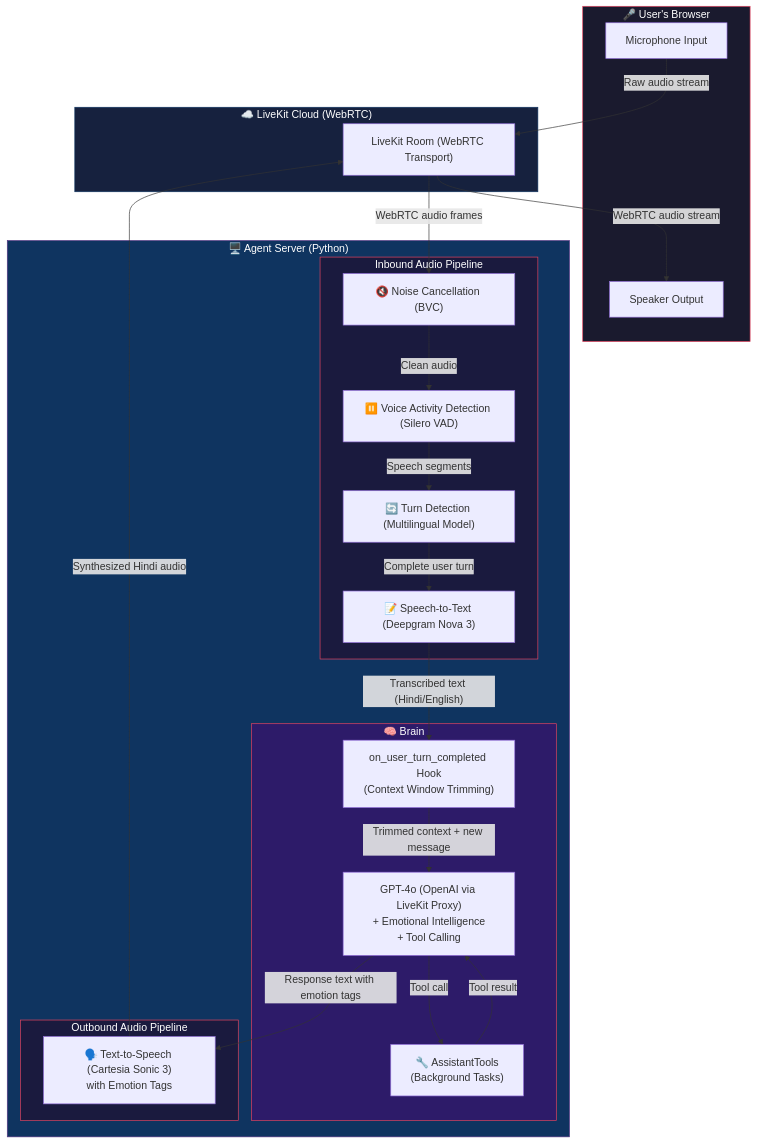
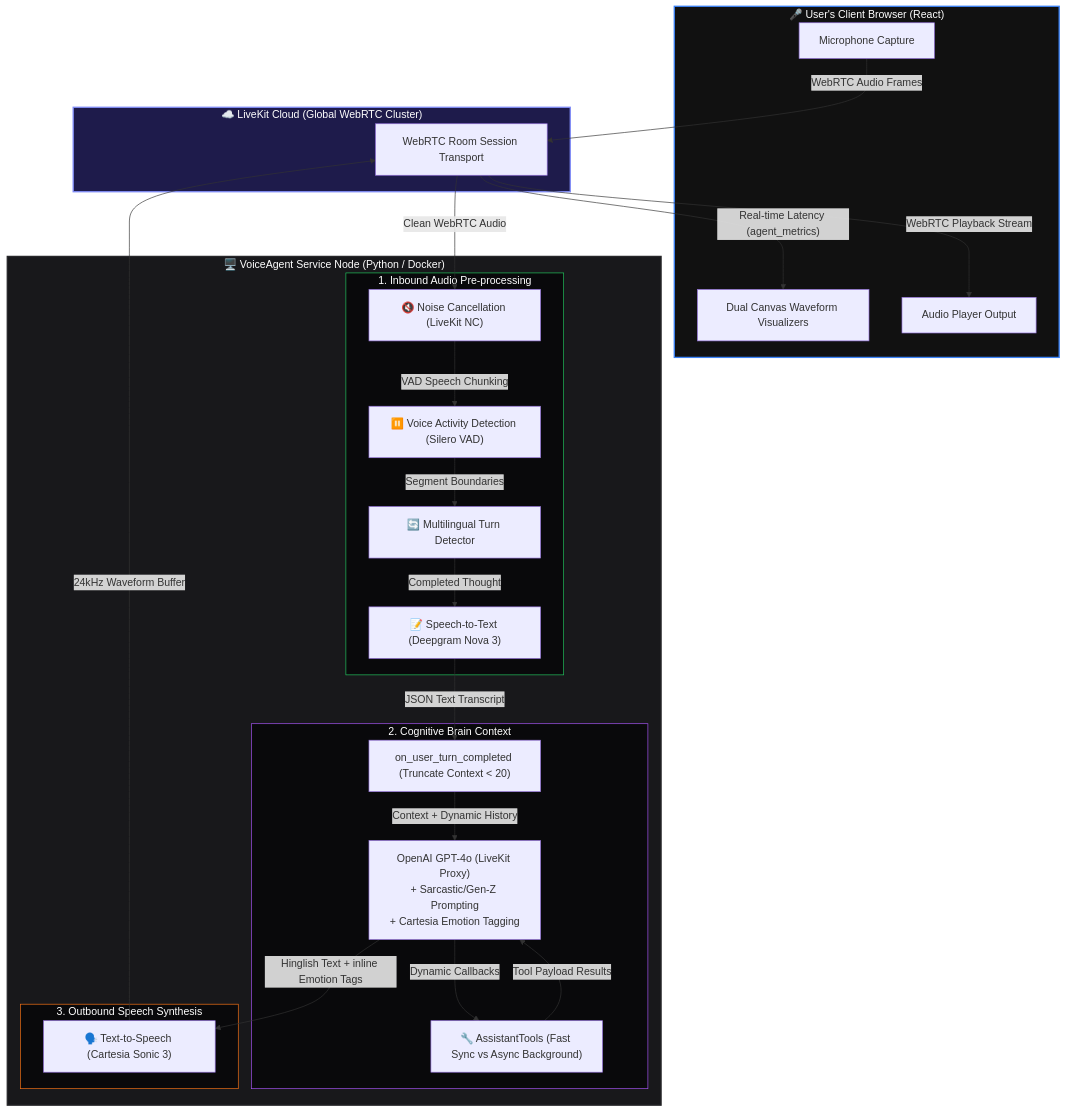
Before and after one commit to helo-ayush/VoiceAgent: the diagram in docs/README_ARCHITECTURE.md, drawn with Mermaid. The commit also changed other lines of this file and 13 other files, not shown here.

Commit message:
Refactor configuration parameters, inline STT pipeline, clear unused assets, add detailed comments, and write enterprise technical documentation

````diff
--- a/docs/README_ARCHITECTURE.md
+++ b/docs/README_ARCHITECTURE.md
@@ -5,50 +11,52 @@
 ```mermaid
 flowchart TD
-    subgraph USER_DEVICE["🎤 User's Browser"]
-        MIC["Microphone Input"]
-        SPEAKER["Speaker Output"]
+    subgraph USER_DEVICE["🎤 User's Client Browser (React)"]
+        MIC["Microphone Capture"]
+        VISUALIZER["Dual Canvas Waveform Visualizers"]
+        SPEAKER["Audio Player Output"]
     end
 
-    subgraph LIVEKIT_CLOUD["☁️ LiveKit Cloud (WebRTC)"]
-        ROOM["LiveKit Room (WebRTC Transport)"]
+    subgraph LIVEKIT_CLOUD["☁️ LiveKit Cloud (Global WebRTC Cluster)"]
+        ROOM["WebRTC Room Session Transport"]
     end
 
-    subgraph AGENT_SERVER["🖥️ Agent Server (Python)"]
-        subgraph INBOUND["Inbound Audio Pipeline"]
-            NC["🔇 Noise Cancellation (BVC)"]
+    subgraph AGENT_SERVER["🖥️ VoiceAgent Service Node (Python / Docker)"]
+        subgraph INBOUND["1. Inbound Audio Pre-processing"]
+            NC["🔇 Noise Cancellation (LiveKit NC)"]
             VAD["⏸️ Voice Activity Detection (Silero VAD)"]
-            TD["🔄 Turn Detection (Multilingual Model)"]
+            TD["🔄 Multilingual Turn Detector"]
             STT["📝 Speech-to-Text (Deepgram Nova 3)"]
         end
 
-        subgraph BRAIN["🧠 Brain"]
-            HOOK["on_user_turn_completed Hook\n(Context Window Trimming)"]
-            LLM["GPT-4o (OpenAI via LiveKit Proxy)\n+ Emotional Intelligence\n+ Tool Calling"]
-            TOOLS["🔧 AssistantTools\n(Background Tasks)"]
+        subgraph BRAIN["2. Cognitive Brain Context"]
+            HOOK["on_user_turn_completed (Truncate Context < 20)"]
+            LLM["OpenAI GPT-4o (LiveKit Proxy)\n+ Sarcastic/Gen-Z Prompting\n+ Cartesia Emotion Tagging"]
+            TOOLS["🔧 AssistantTools (Fast Sync vs Async Background)"]
         end
 
-        subgraph OUTBOUND["Outbound Audio Pipeline"]
-            TTS["🗣️ Text-to-Speech (Cartesia Sonic 3)\nwith Emotion Tags"]
+        subgraph OUTBOUND["3. Outbound Speech Synthesis"]
+            TTS["🗣️ Text-to-Speech (Cartesia Sonic 3)"]
         end
     end
 
-    MIC -->|"Raw audio stream"| ROOM
-    ROOM -->|"WebRTC audio frames"| NC
-    NC -->|"Clean audio"| VAD
-    VAD -->|"Speech segments"| TD
-    TD -->|"Complete user turn"| STT
-    STT -->|"Transcribed text (Hindi/English)"| HOOK
-    HOOK -->|"Trimmed context + new message"| LLM
-    LLM -->|"Tool call"| TOOLS
-    TOOLS -->|"Tool result"| LLM
-    LLM -->|"Response text with emotion tags"| TTS
-    TTS -->|"Synthesized Hindi audio"| ROOM
-    ROOM -->|"WebRTC audio stream"| SPEAKER
+    MIC -->|"WebRTC Audio Frames"| ROOM
+    ROOM -->|"Clean WebRTC Audio"| NC
+    NC -->|"VAD Speech Chunking"| VAD
+    VAD -->|"Segment Boundaries"| TD
+    TD -->|"Completed Thought"| STT
+    STT -->|"JSON Text Transcript"| HOOK
+    HOOK -->|"Context + Dynamic History"| LLM
+    LLM -->|"Dynamic Callbacks"| TOOLS
+    TOOLS -->|"Tool Payload Results"| LLM
+    LLM -->|"Hinglish Text + inline Emotion Tags"| TTS
+    TTS -->|"24kHz Waveform Buffer"| ROOM
+    ROOM -->|"WebRTC Playback Stream"| SPEAKER
+    ROOM -->|"Real-time Latency (agent_metrics)"| VISUALIZER
 
-    style USER_DEVICE fill:#1a1a2e,stroke:#e94560,color:#fff
-    style LIVEKIT_CLOUD fill:#16213e,stroke:#0f3460,color:#fff
-    style AGENT_SERVER fill:#0f3460,stroke:#533483,color:#fff
-    style INBOUND fill:#1a1a3e,stroke:#e94560,color:#fff
-    style BRAIN fill:#2d1b69,stroke:#e94560,color:#fff
-    style OUTBOUND fill:#1a1a3e,stroke:#e94560,color:#fff
+    style USER_DEVICE fill:#111,stroke:#3b82f6,stroke-width:2px,color:#fff
+    style LIVEKIT_CLOUD fill:#1e1b4b,stroke:#818cf8,stroke-width:2px,color:#fff
+    style AGENT_SERVER fill:#18181b,stroke:#27272a,stroke-width:2px,color:#fff
+    style INBOUND fill:#09090b,stroke:#22c55e,stroke-width:1px,color:#fff
+    style BRAIN fill:#09090b,stroke:#a855f7,stroke-width:1px,color:#fff
+    style OUTBOUND fill:#09090b,stroke:#f97316,stroke-width:1px,color:#fff
 ```
````
